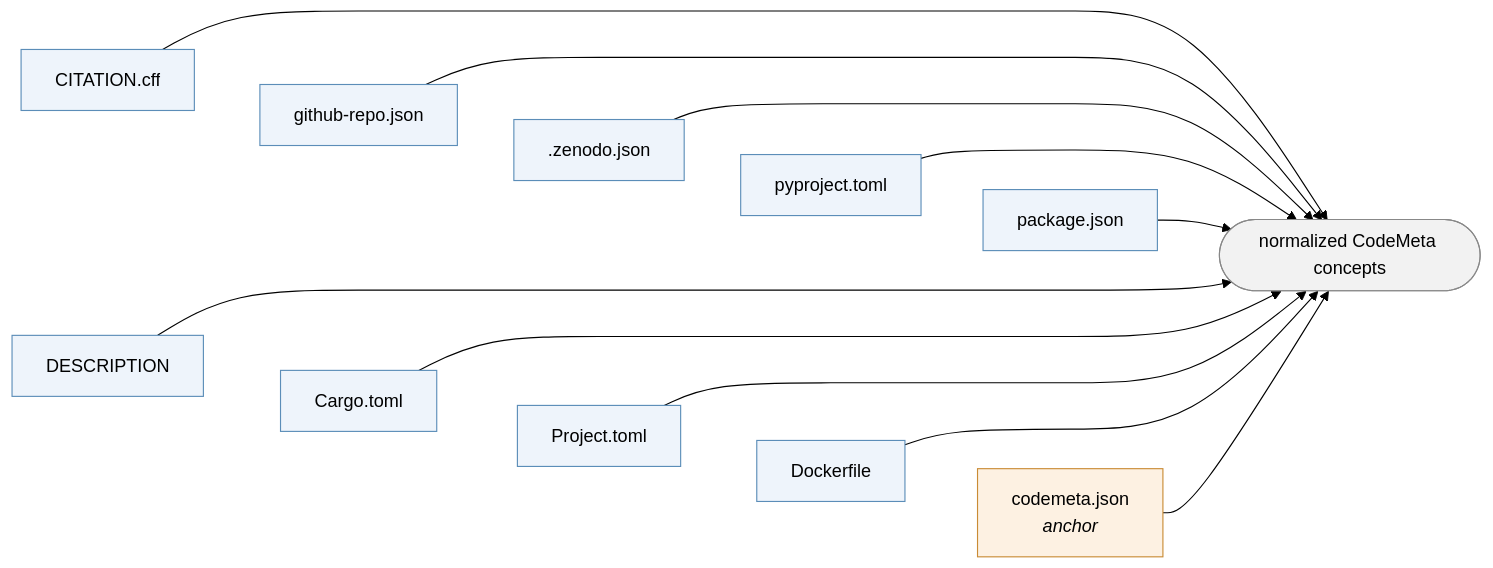
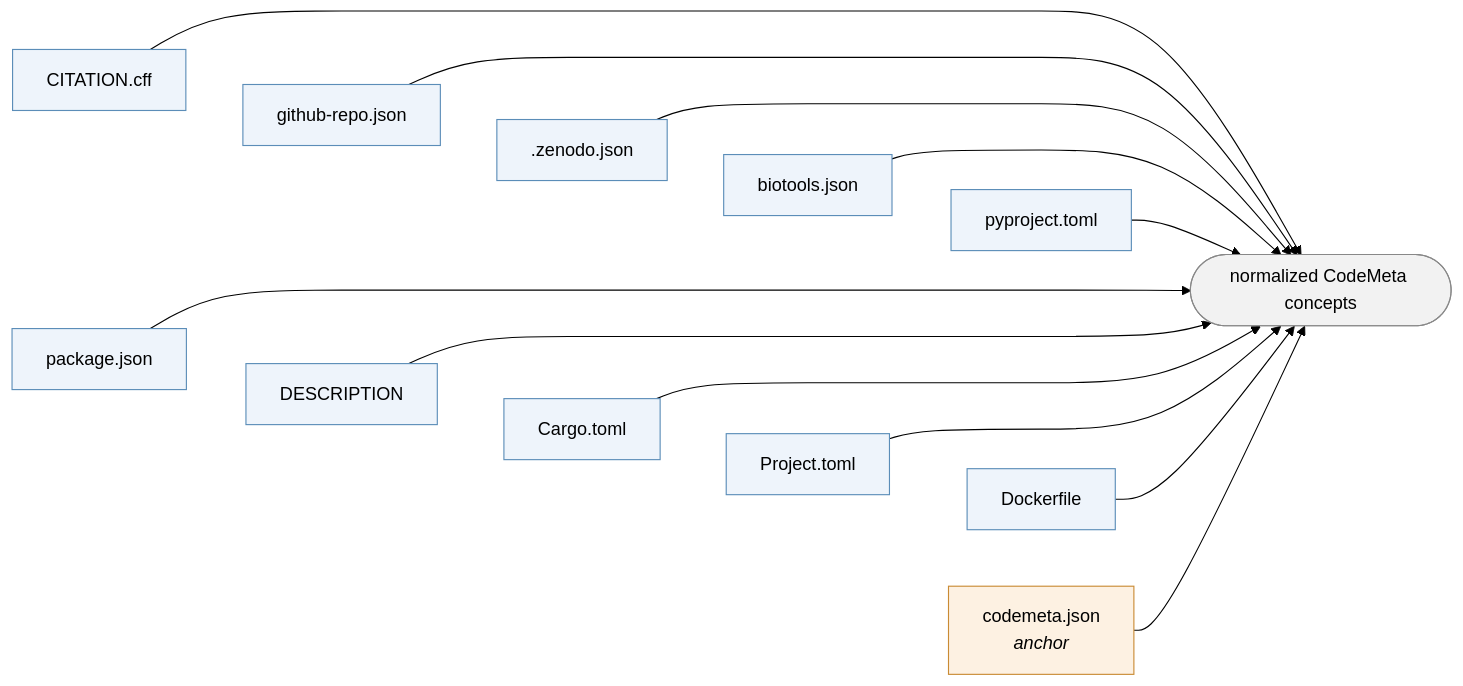
The diagram in README.md (LUMC-DCC/rs-metadata), drawn with Mermaid (forest theme) before and after one commit. The commit also changed other lines of this file and 18 other files, not shown here.

````diff
--- a/README.md
+++ b/README.md
@@ -49,20 +49,22 @@
 ```mermaid
 flowchart LR
     S0[CITATION.cff]:::src --> N([normalized CodeMeta concepts]):::mid
     S1[github-repo.json]:::src --> N
     S2[.zenodo.json]:::src --> N
-    S3[pyproject.toml]:::src --> N
-    S4[package.json]:::src --> N
-    S5[DESCRIPTION]:::src --> N
-    S6[Cargo.toml]:::src --> N
-    S7[Project.toml]:::src --> N
-    S8[Dockerfile]:::src --> N
+    S3[biotools.json]:::src --> N
+    S4[pyproject.toml]:::src --> N
+    S5[package.json]:::src --> N
+    S6[DESCRIPTION]:::src --> N
+    S7[Cargo.toml]:::src --> N
+    S8[Project.toml]:::src --> N
+    S9[Dockerfile]:::src --> N
     CM[codemeta.json<br/><i>anchor</i>]:::anchor --> N
 
     S0 ~~~ S1 ~~~ S2 ~~~ S3 ~~~ S4
-    S5 ~~~ S6 ~~~ S7 ~~~ S8 ~~~ CM
+    S5 ~~~ S6 ~~~ S7 ~~~ S8 ~~~ S9
+    CM
 
     classDef src fill:#eef4fb,stroke:#5b8db8
     classDef anchor fill:#fdf1e2,stroke:#c98b34
     classDef mid fill:#f2f2f2,stroke:#888
 ```
````
